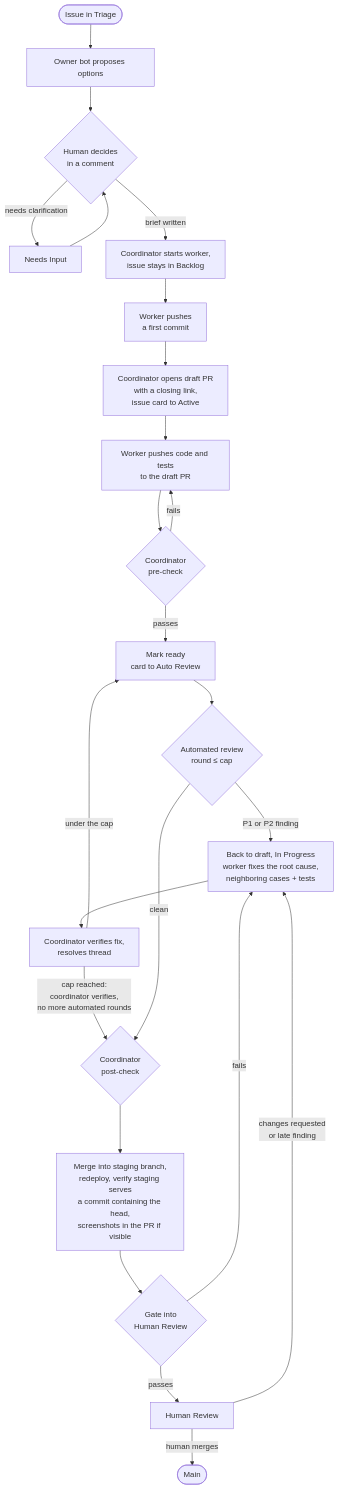
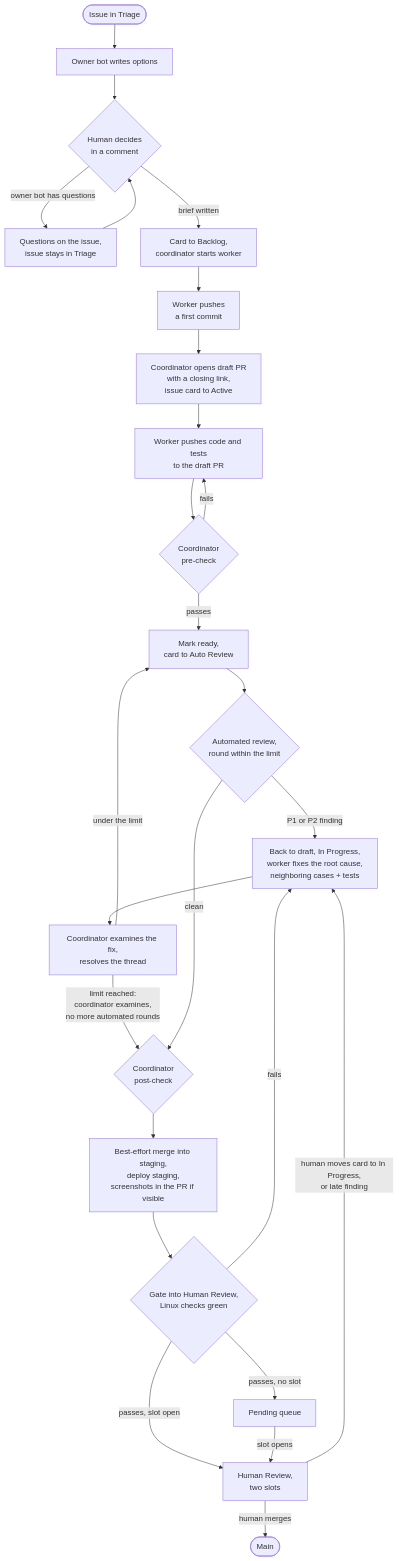
Before and after one commit to tangentcode/methodology: the diagram in diagrams-src/loop.mmd, drawn with Mermaid. The commit also changed 19 other files, not shown here.

```diff
--- a/diagrams-src/loop.mmd
+++ b/diagrams-src/loop.mmd
@@ -1,24 +1,26 @@
 flowchart TD
-    A([Issue in Triage]) --> B[Owner bot proposes options]
+    A([Issue in Triage]) --> B[Owner bot writes options]
     B --> C{Human decides<br/>in a comment}
-    C -->|needs clarification| NI[Needs Input]
-    NI --> C
-    C -->|brief written| D[Coordinator starts worker,<br/>issue stays in Backlog]
+    C -->|owner bot has questions| Q[Questions on the issue,<br/>issue stays in Triage]
+    Q --> C
+    C -->|brief written| D[Card to Backlog,<br/>coordinator starts worker]
     D --> D2[Worker pushes<br/>a first commit]
     D2 --> D3[Coordinator opens draft PR<br/>with a closing link,<br/>issue card to Active]
     D3 --> E[Worker pushes code and tests<br/>to the draft PR]
     E --> F{Coordinator<br/>pre-check}
     F -->|fails| E
-    F -->|passes| G[Mark ready<br/>card to Auto Review]
-    G --> H{Automated review<br/>round ≤ cap}
-    H -->|P1 or P2 finding| I[Back to draft, In Progress<br/>worker fixes the root cause,<br/>neighboring cases + tests]
-    I --> J[Coordinator verifies fix,<br/>resolves thread]
-    J -->|under the cap| G
-    J -->|cap reached:<br/>coordinator verifies,<br/>no more automated rounds| K
+    F -->|passes| G[Mark ready,<br/>card to Auto Review]
+    G --> H{Automated review,<br/>round within the limit}
+    H -->|P1 or P2 finding| I[Back to draft, In Progress,<br/>worker fixes the root cause,<br/>neighboring cases + tests]
+    I --> J[Coordinator examines the fix,<br/>resolves the thread]
+    J -->|under the limit| G
+    J -->|limit reached:<br/>coordinator examines,<br/>no more automated rounds| K
     H -->|clean| K{Coordinator<br/>post-check}
-    K --> L[Merge into staging branch,<br/>redeploy, verify staging serves<br/>a commit containing the head,<br/>screenshots in the PR if visible]
-    L --> M{Gate into<br/>Human Review}
-    M -->|passes| N[Human Review]
+    K --> L[Best-effort merge into staging,<br/>deploy staging,<br/>screenshots in the PR if visible]
+    L --> M{Gate into Human Review,<br/>Linux checks green}
+    M -->|passes, slot open| N[Human Review,<br/>two slots]
+    M -->|passes, no slot| P[Pending queue]
+    P -->|slot opens| N
     M -->|fails| I
-    N -->|changes requested<br/>or late finding| I
+    N -->|human moves card to In Progress,<br/>or late finding| I
     N -->|human merges| O([Main])
```
